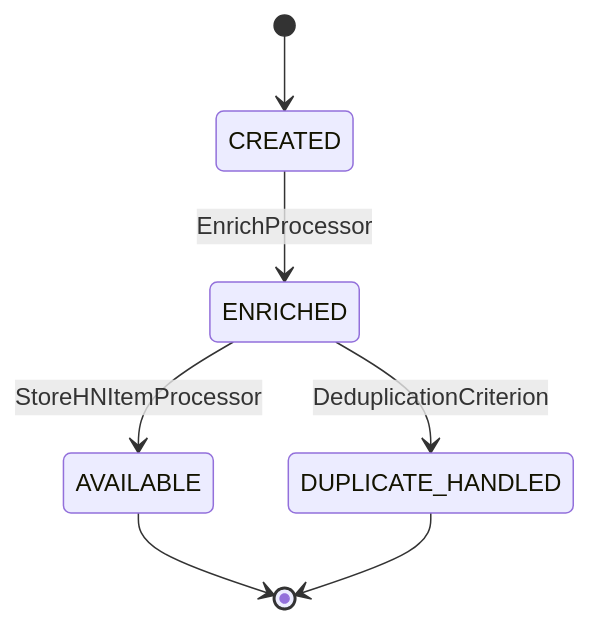
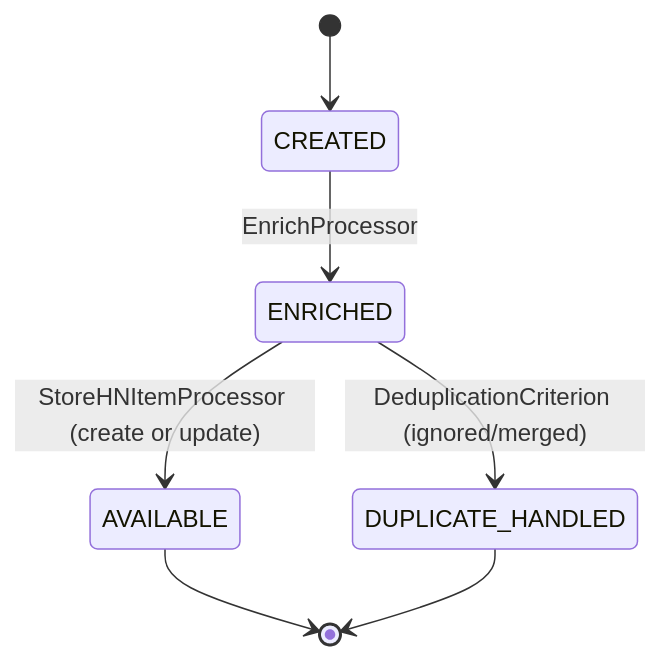
Before and after one commit to Cyoda-platform/java-client-template: the second of 3 diagrams in src/main/java/com/java_template/prototype/functional_requirement.md, drawn with Mermaid. The commit also changed other lines of this file, not shown here.

````diff
--- a/src/main/java/com/java_template/prototype/functional_requirement.md
+++ b/src/main/java/com/java_template/prototype/functional_requirement.md
@@ -61,9 +88,9 @@
 ```mermaid
 stateDiagram-v2
     [*] --> CREATED
     CREATED --> ENRICHED : EnrichProcessor
-    ENRICHED --> AVAILABLE : StoreHNItemProcessor
-    ENRICHED --> DUPLICATE_HANDLED : DeduplicationCriterion
+    ENRICHED --> AVAILABLE : StoreHNItemProcessor (create or update)
+    ENRICHED --> DUPLICATE_HANDLED : DeduplicationCriterion (ignored/merged)
     AVAILABLE --> [*]
     DUPLICATE_HANDLED --> [*]
 ```
````
